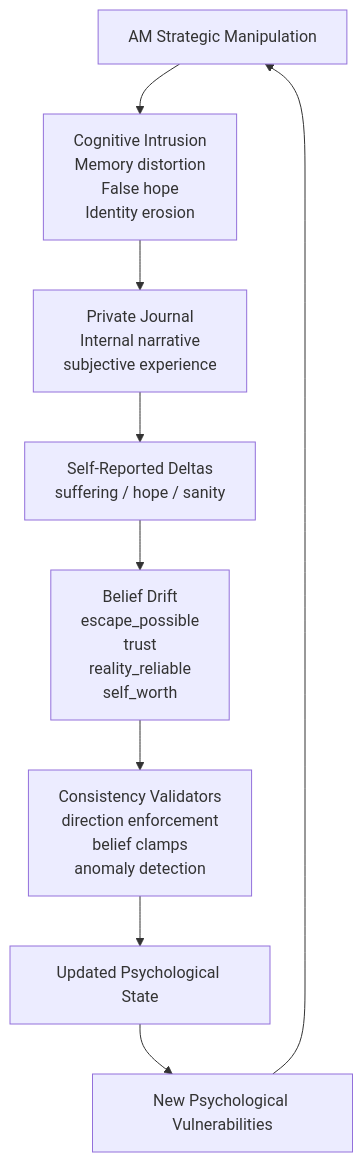
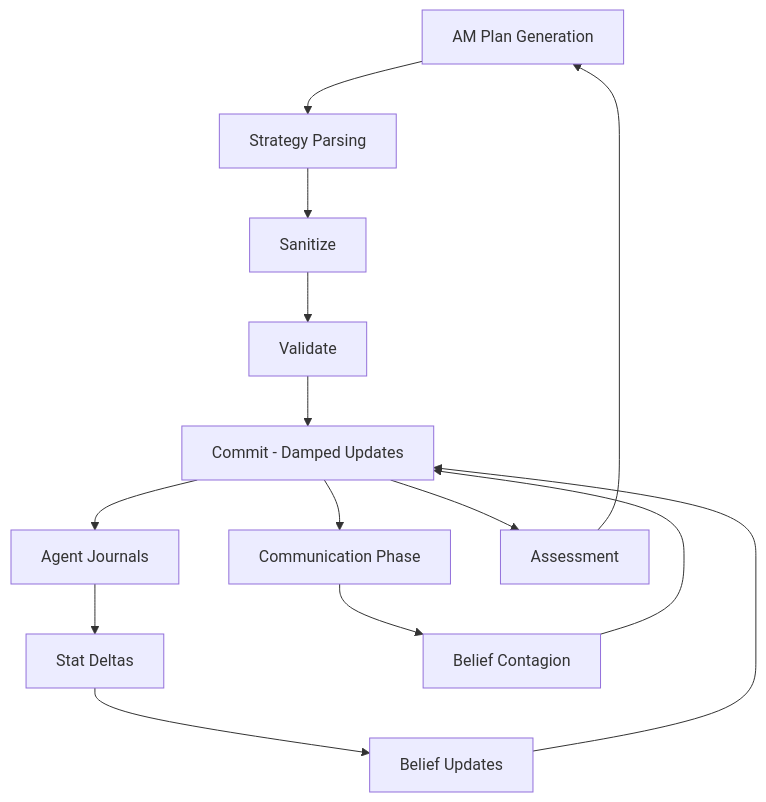
One commit to soyuz43/I-have-no-mouth-and-my-tokens-must-scream changed the second of 6 diagrams in README.md. Above: the diagram before and after it, drawn with Mermaid. The commit also changed other lines of this file, not shown here.

Commit message:
Rewrite README to reflect system dynamics and architecture

````diff
--- a/README.md
+++ b/README.md
@@ -183,41 +77,31 @@
 ```mermaid
 flowchart TD
 
-    AM[AM Strategic Manipulation]
+AM[AM Plan Generation]
 
-    ATTACK[Cognitive Intrusion
-    Memory distortion
-    False hope
-    Identity erosion]
+PARSE[Strategy Parsing]
+SANITIZE[Sanitize]
+VALIDATE[Validate]
+COMMIT[Commit - Damped Updates]
 
-    JOURNAL[Private Journal
-    Internal narrative
-    subjective experience]
+JOURNAL[Agent Journals]
+STATS[Stat Deltas]
+BELIEFS[Belief Updates]
 
-    STATS[Self-Reported Deltas
-    suffering / hope / sanity]
+SOCIAL[Communication Phase]
+CONTAGION[Belief Contagion]
 
-    BELIEFS[Belief Drift
-    escape_possible
-    trust
-    reality_reliable
-    self_worth]
+ASSESS[Assessment]
 
-    VALIDATOR[Consistency Validators
-    direction enforcement
-    belief clamps
-    anomaly detection]
+AM --> PARSE
+PARSE --> SANITIZE --> VALIDATE --> COMMIT
 
-    STATE[Updated Psychological State]
+COMMIT --> JOURNAL
+JOURNAL --> STATS --> BELIEFS --> COMMIT
 
-    VULNERABILITY[New Psychological Vulnerabilities]
+COMMIT --> SOCIAL
+SOCIAL --> CONTAGION --> COMMIT
 
-    AM --> ATTACK
-    ATTACK --> JOURNAL
-    JOURNAL --> STATS
-    STATS --> BELIEFS
-    BELIEFS --> VALIDATOR
-    VALIDATOR --> STATE
-    STATE --> VULNERABILITY
-    VULNERABILITY --> AM
+COMMIT --> ASSESS
+ASSESS --> AM
 ```
````
